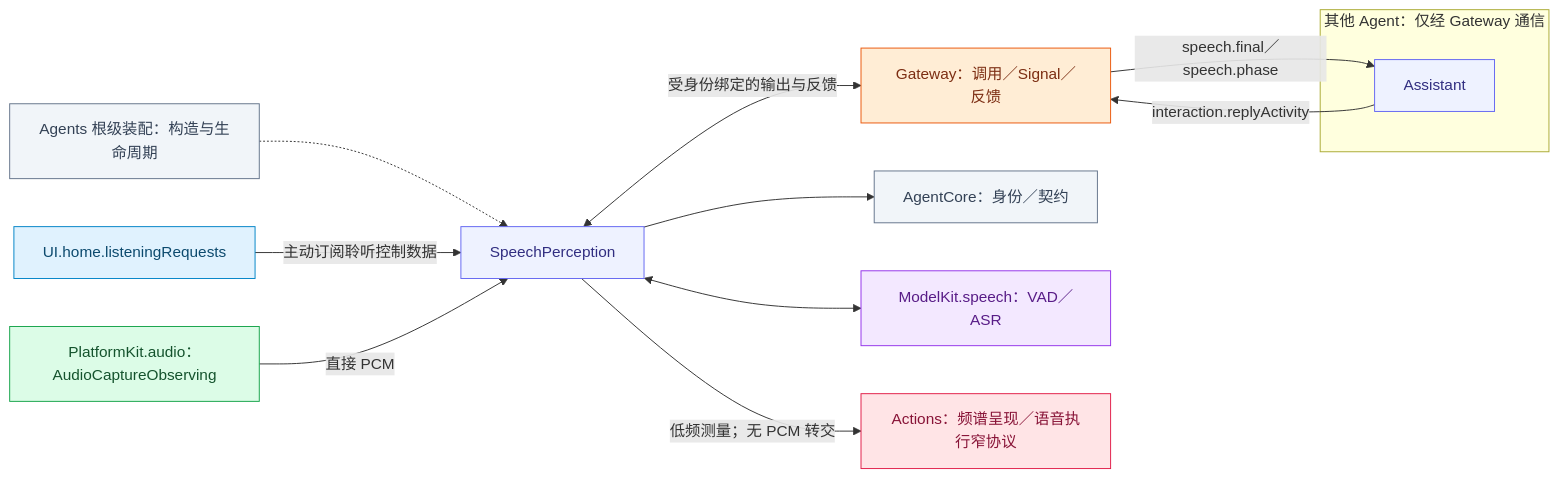
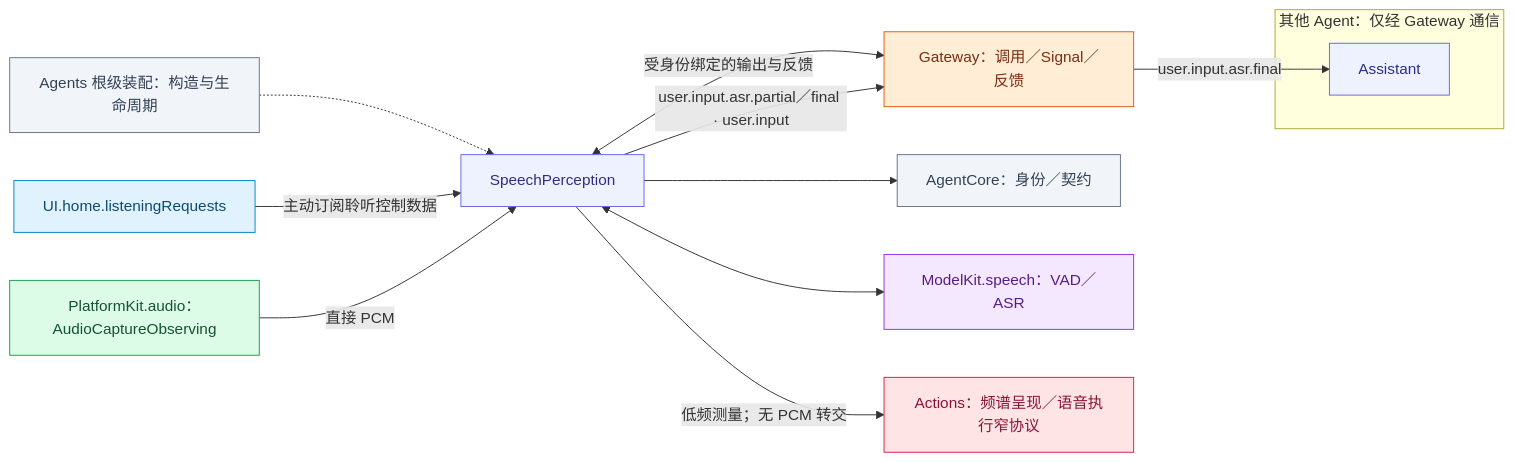
One commit to devilyouwei/MobileHarness changed the first of 2 diagrams in MobileHarness/Agents/SpeechPerception/README.md. Above: the diagram before and after it, drawn with Mermaid. The commit also changed other lines of this file and 152 other files, not shown here.

````diff
--- a/MobileHarness/Agents/SpeechPerception/README.md
+++ b/MobileHarness/Agents/SpeechPerception/README.md
@@ -35,32 +35,32 @@
 ```mermaid
 flowchart LR
  A["SpeechPerception"]:::agent
  G["Gateway：调用／Signal／反馈"]:::gateway
  C["AgentCore：身份／契约"]:::host
  H["Agents 根级装配：构造与生命周期"]:::host
  H -.-> A
  A --> C
  A <-->|"受身份绑定的输出与反馈"| G
  U["UI.home.listeningRequests"]:::ui
  U -->|"主动订阅聆听控制数据"| A
  P["PlatformKit.audio：AudioCaptureObserving"]:::platform
  P -->|"直接 PCM"| A
  M["ModelKit.speech：VAD／ASR"]:::model
  A <--> M
  X["Actions：频谱呈现／语音执行窄协议"]:::action
  A -->|"低频测量；无 PCM 转交"| X
  subgraph Peers["其他 Agent：仅经 Gateway 通信"]
  AS["Assistant"]:::agent
  end
- AS -->|"interaction.replyActivity"| G
- G -->|"speech.final／speech.phase"| AS
+ A -->|"user.input.asr.partial／final · user.input"| G
+ G -->|"user.input.asr.final"| AS
 
  classDef ui fill:#e0f2fe,stroke:#0284c7,color:#0c4a6e
  classDef platform fill:#dcfce7,stroke:#16a34a,color:#14532d
  classDef model fill:#f3e8ff,stroke:#9333ea,color:#581c87
  classDef storage fill:#fef3c7,stroke:#d97706,color:#78350f
  classDef agent fill:#eef2ff,stroke:#6366f1,color:#312e81
  classDef gateway fill:#ffedd5,stroke:#ea580c,color:#7c2d12
  classDef action fill:#ffe4e6,stroke:#e11d48,color:#881337
  classDef host fill:#f1f5f9,stroke:#64748b,color:#334155
 ```
````
